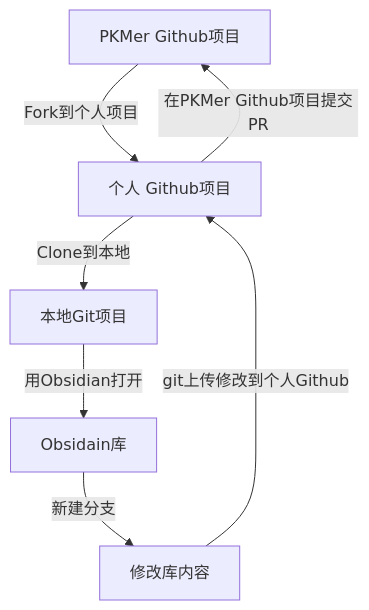
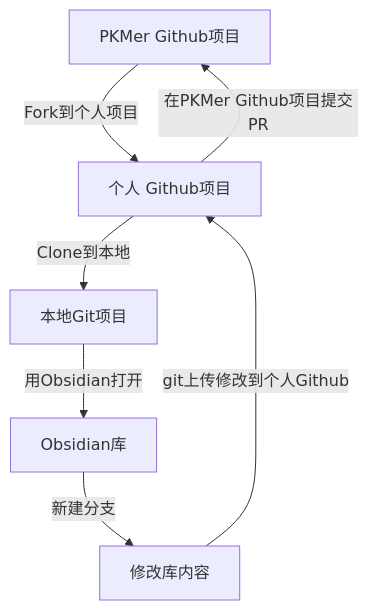
The diagram in 00-关于/协作者指南/文档协作流程.md (PKM-er/Pkmer-Docs), drawn with Mermaid before and after one commit. The commit also changed 28 other files, not shown here.

````diff
--- a/00-关于/协作者指南/文档协作流程.md
+++ b/00-关于/协作者指南/文档协作流程.md
@@ -64,4 +64,4 @@
 ```mermaid
 flowchart TB
-A[PKMer Github项目] -->|Fork到个人项目|B[个人 Github项目] --> |Clone到本地|C[本地Git项目] --> |用Obsidian打开|D[Obsidain库] --> |新建分支|E[修改库内容] --> |git上传修改到个人Github|B --> |在PKMer Github项目提交PR|A
+A[PKMer Github项目] -->|Fork到个人项目|B[个人 Github项目] --> |Clone到本地|C[本地Git项目] --> |用Obsidian打开|D[Obsidian库] --> |新建分支|E[修改库内容] --> |git上传修改到个人Github|B --> |在PKMer Github项目提交PR|A
 ```
````
